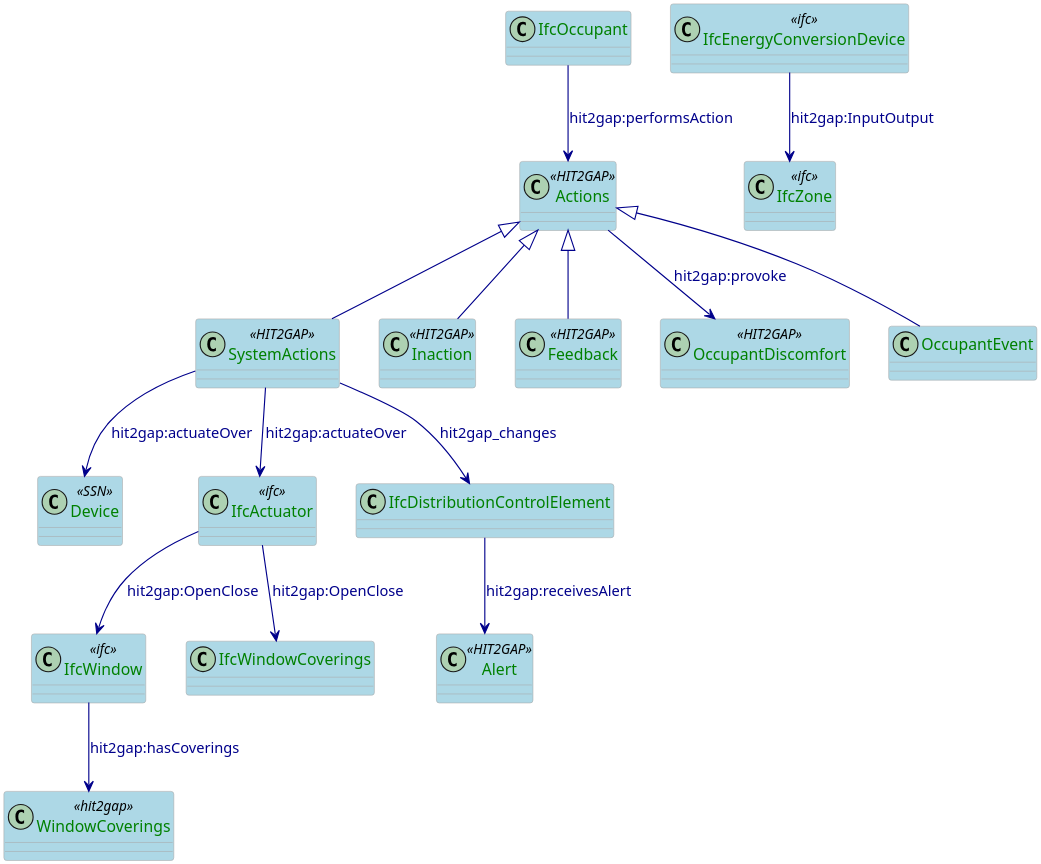
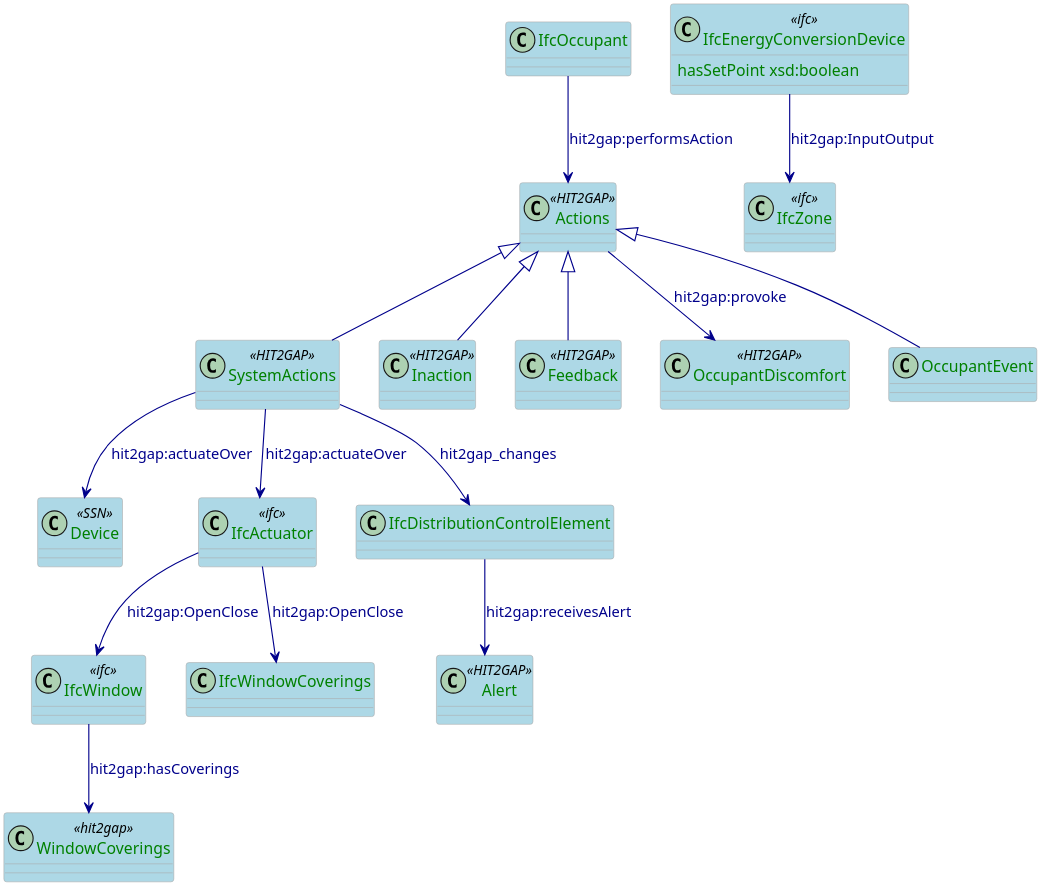
The diagram in docs/plantuml/ActionSpecification.puml (HIT2GAP-EU-PROJECT/BEMOnt), drawn with PlantUML before and after one commit.

```diff
--- a/docs/plantuml/ActionSpecification.puml
+++ b/docs/plantuml/ActionSpecification.puml
@@ -1,70 +1,72 @@
 @startuml
 
 skinparam class {
   ArrowColor DarkBlue
   ArrowFontColor DarkBlue
   BackgroundColor LightBlue
   BorderColor DarkGrey
 }
 skinparam dpi 300
 skinparam stereotypeCBackgroundColor Wheat
 skinparam classAttributeFontColor  Green
 
 class Actions <<HIT2GAP>>{
 
 }
 
 class SystemActions<<HIT2GAP>>{
 
 }
 
 class Device <<SSN>>{
 
 }
 
 class Alert <<HIT2GAP>>{
 
 }
 
 class Inaction <<HIT2GAP>>{
 
 }
 
 class Feedback <<HIT2GAP>>{
 
 }
 
 
 class OccupantDiscomfort <<HIT2GAP>>{
 
 }
 
 class WindowCoverings <<hit2gap>> 
 
 
 class IfcActuator <<ifc>>
 class IfcWindow <<ifc>>
 class IfcZone <<ifc>>
-class IfcEnergyConversionDevice <<ifc>>
+class IfcEnergyConversionDevice <<ifc>> {
+  hasSetPoint xsd:boolean
+}
 
 
 
 Actions <|-- SystemActions
 Actions <|-- Inaction
 
 Actions <|-- Feedback
 Actions <|-- OccupantEvent
 
 Actions --> OccupantDiscomfort: hit2gap:provoke
 SystemActions --> IfcDistributionControlElement:hit2gap_changes
 IfcDistributionControlElement --> Alert: hit2gap:receivesAlert
 SystemActions --> Device: hit2gap:actuateOver
 SystemActions --> IfcActuator: hit2gap:actuateOver
 IfcOccupant --> Actions: hit2gap:performsAction
 IfcWindow --> WindowCoverings: hit2gap:hasCoverings
 IfcActuator --> IfcWindow: hit2gap:OpenClose
 IfcActuator --> IfcWindowCoverings: hit2gap:OpenClose
 IfcEnergyConversionDevice --> IfcZone: hit2gap:InputOutput
 
 
 @enduml
```
